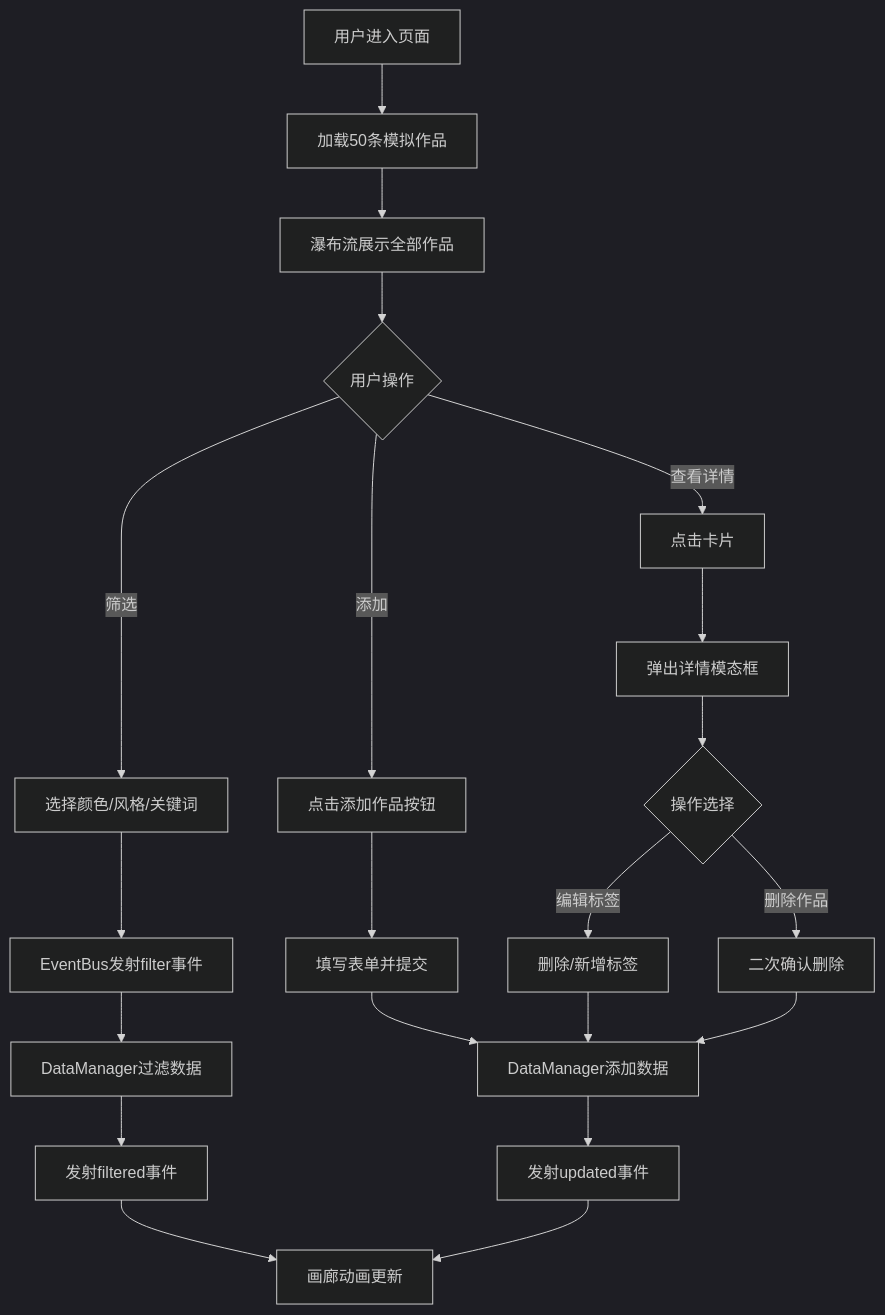
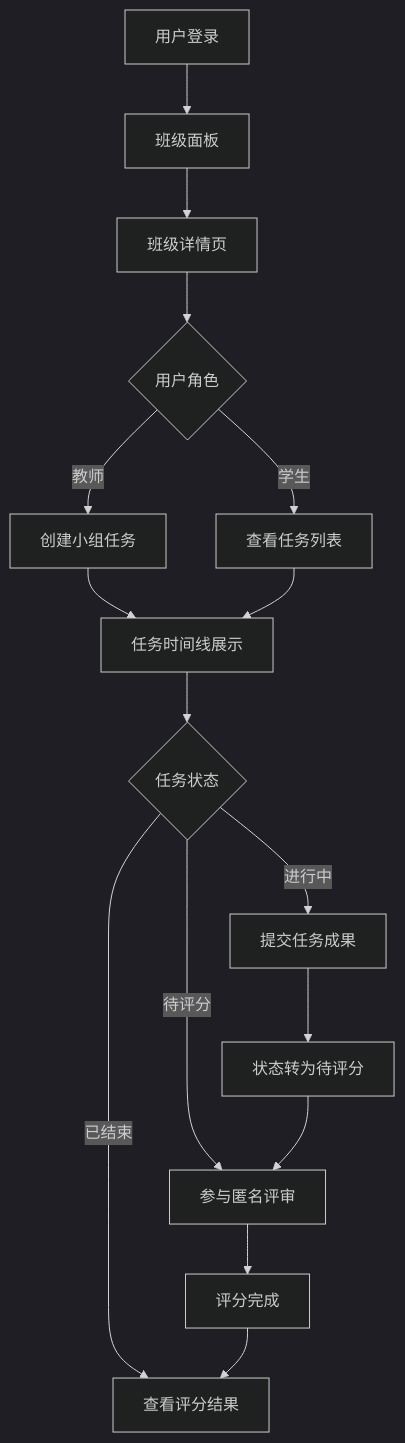
Before and after one commit to LIANG0828906/solo: the diagram in cp1_6.16_auto74/.trae/documents/PRD.md, drawn with Mermaid (dark theme). The commit also changed other lines of this file and 48 other files, not shown here.

````diff
--- a/cp1_6.16_auto74/.trae/documents/PRD.md
+++ b/cp1_6.16_auto74/.trae/documents/PRD.md
@@ -35,23 +49,18 @@
 ```mermaid
 flowchart TD
-    A["用户进入页面"] --> B["加载50条模拟作品"]
-    B --> C["瀑布流展示全部作品"]
-    C --> D{"用户操作"}
-    D -->|"筛选"| E["选择颜色/风格/关键词"]
-    E --> F["EventBus发射filter事件"]
-    F --> G["DataManager过滤数据"]
-    G --> H["发射filtered事件"]
-    H --> I["画廊动画更新"]
-    D -->|"添加"| J["点击添加作品按钮"]
-    J --> K["填写表单并提交"]
-    K --> L["DataManager添加数据"]
-    L --> M["发射updated事件"]
-    M --> I
-    D -->|"查看详情"| N["点击卡片"]
-    N --> O["弹出详情模态框"]
-    O --> P{"操作选择"}
-    P -->|"编辑标签"| Q["删除/新增标签"]
-    P -->|"删除作品"| R["二次确认删除"]
-    Q --> L
-    R --> L
+    A["用户登录"] --> B["班级面板"]
+    B --> C["班级详情页"]
+    C --> D{"用户角色"}
+    D -->|"教师"| E["创建小组任务"]
+    D -->|"学生"| F["查看任务列表"]
+    E --> G["任务时间线展示"]
+    F --> G
+    G --> H{"任务状态"}
+    H -->|"进行中"| I["提交任务成果"]
+    H -->|"待评分"| J["参与匿名评审"]
+    H -->|"已结束"| K["查看评分结果"]
+    I --> L["状态转为待评分"]
+    L --> J
+    J --> M["评分完成"]
+    M --> K
 ```
````
